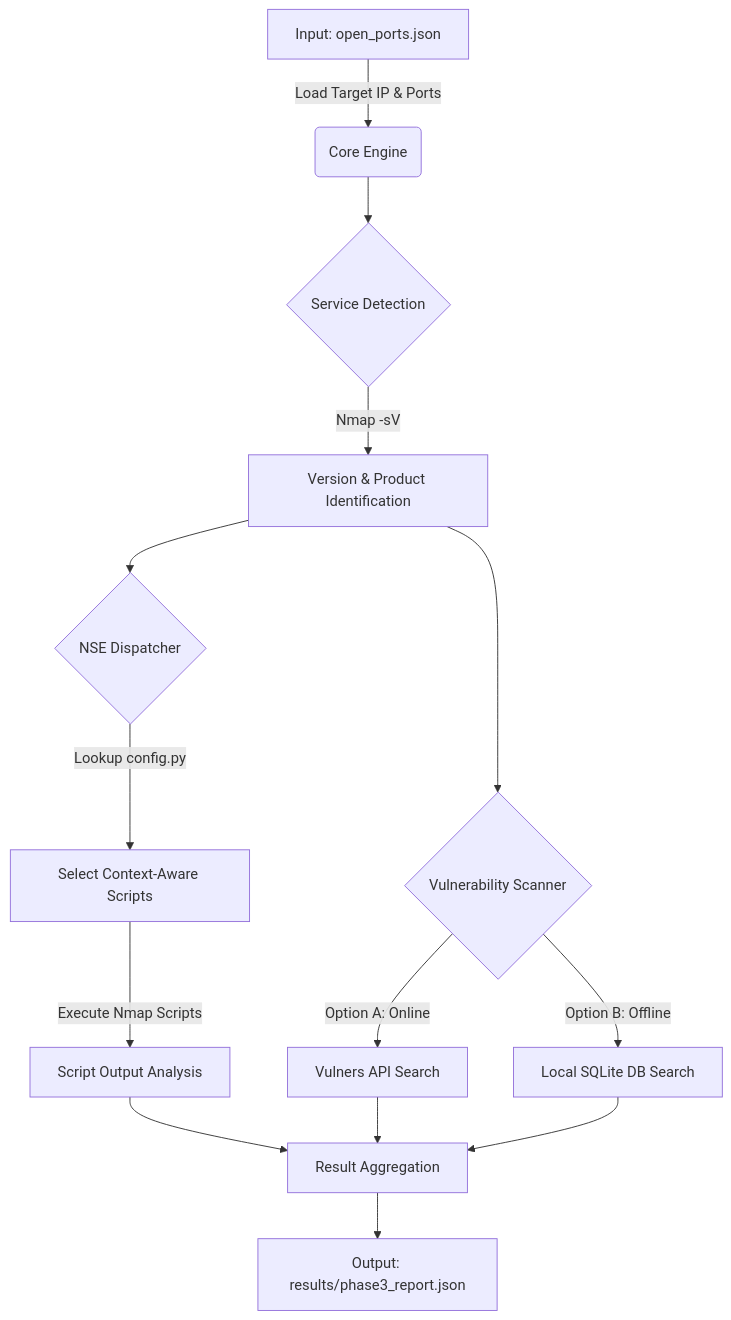
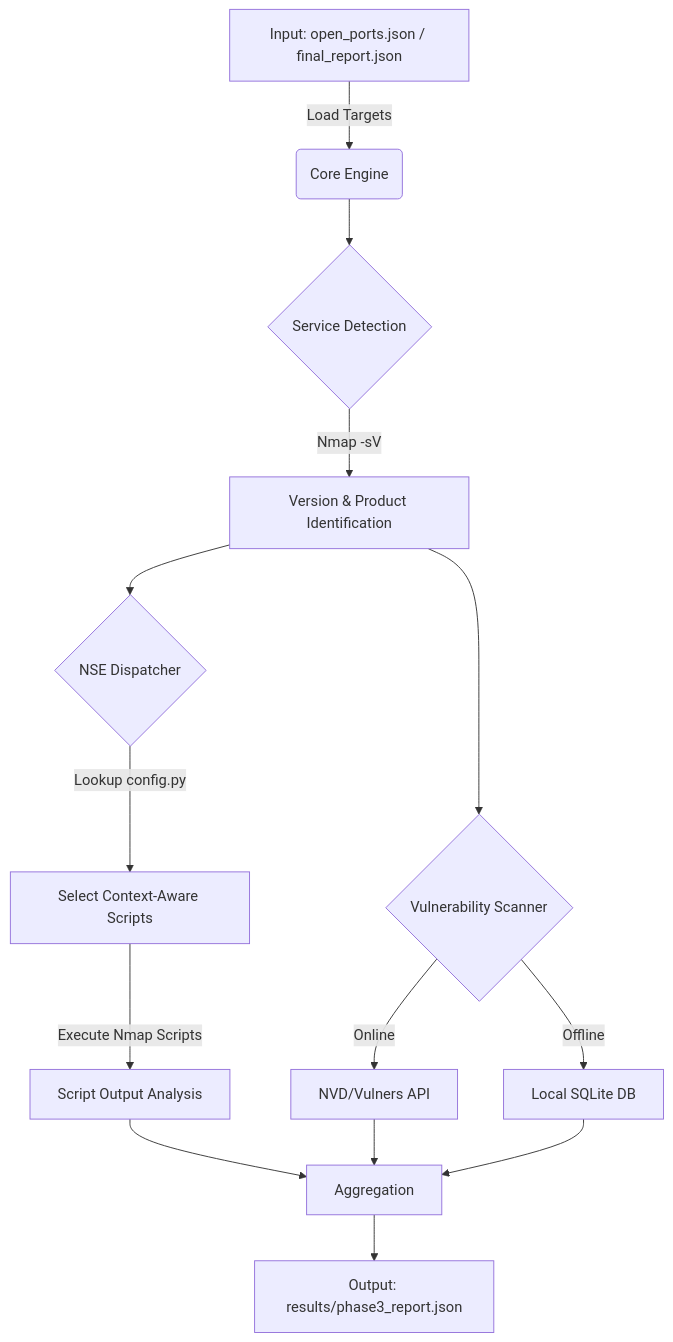
One commit to suhyeon514/port-scanner changed the diagram in README.md. Above: the diagram before and after it, drawn with Mermaid. The commit also changed other lines of this file, not shown here.

````diff
--- a/README.md
+++ b/README.md
@@ -370,20 +375,16 @@
 ```mermaid
 graph TD
-    A[Input: open_ports.json] -->|Load Target IP & Ports| B(Core Engine)
+    A[Input: open_ports.json / final_report.json] -->|Load Targets| B(Core Engine)
     B --> C{Service Detection}
     C -->|Nmap -sV| D[Version & Product Identification]
-    
     D --> E{NSE Dispatcher}
     E -->|Lookup config.py| F[Select Context-Aware Scripts]
     F -->|Execute Nmap Scripts| G[Script Output Analysis]
-    
     D --> H{Vulnerability Scanner}
-    H -->|Option A: Online| I[Vulners API Search]
-    H -->|Option B: Offline| J[Local SQLite DB Search]
-    
-    G --> K[Result Aggregation]
+    H -->|Online| I[NVD/Vulners API]
+    H -->|Offline| J[Local SQLite DB]
+    G --> K[Aggregation]
     I --> K
     J --> K
-    
     K --> L[Output: results/phase3_report.json]
 ```
````
